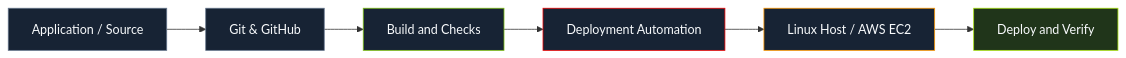
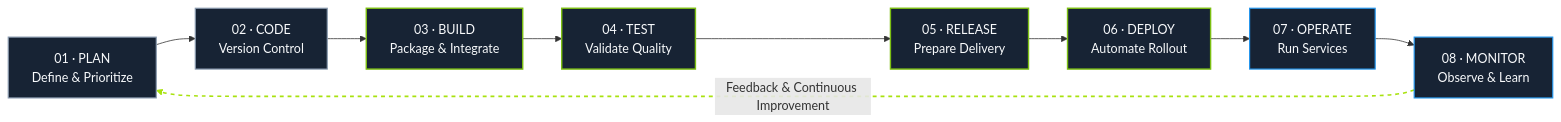
One commit to YWKihar/YWKihar changed the diagram in README.md. Above: the diagram before and after it, drawn with Mermaid. The commit also changed other lines of this file, not shown here.

Commit message:
Upgrade profile with DevOps lifecycle diagram

````diff
--- a/README.md
+++ b/README.md
@@ -51,15 +51,23 @@
 ```mermaid
 flowchart LR
-    A["Application / Source"] --> B["Git & GitHub"]
-    B --> C["Build and Checks"]
-    C --> D["Deployment Automation"]
-    D --> E["Linux Host / AWS EC2"]
-    E --> F["Deploy and Verify"]
+    P["01 · PLAN<br/>Define & Prioritize"]
+    C["02 · CODE<br/>Version Control"]
+    B["03 · BUILD<br/>Package & Integrate"]
+    T["04 · TEST<br/>Validate Quality"]
+    R["05 · RELEASE<br/>Prepare Delivery"]
+    D["06 · DEPLOY<br/>Automate Rollout"]
+    O["07 · OPERATE<br/>Run Services"]
+    M["08 · MONITOR<br/>Observe & Learn"]
 
-    style A fill:#172334,stroke:#64748b,color:#f8fafc
-    style B fill:#172334,stroke:#64748b,color:#f8fafc
-    style C fill:#172334,stroke:#7cbf12,color:#f8fafc
-    style D fill:#172334,stroke:#ee0000,color:#f8fafc
-    style E fill:#172334,stroke:#ff9900,color:#f8fafc
-    style F fill:#20351a,stroke:#a8e20e,color:#f8fafc
+    P --> C --> B --> T --> R --> D --> O --> M
+    M -. "Feedback & Continuous Improvement" .-> P
+
+    classDef planning fill:#172334,stroke:#8b9bb0,color:#f8fafc,stroke-width:1.5px
+    classDef delivery fill:#172334,stroke:#7cbf12,color:#f8fafc,stroke-width:1.8px
+    classDef operations fill:#172334,stroke:#2496ed,color:#f8fafc,stroke-width:1.5px
+    class P,C planning
+    class B,T,R,D delivery
+    class O,M operations
+
+    linkStyle 7 stroke:#a8e20e,stroke-width:2px,stroke-dasharray:5 5
 ```
````
